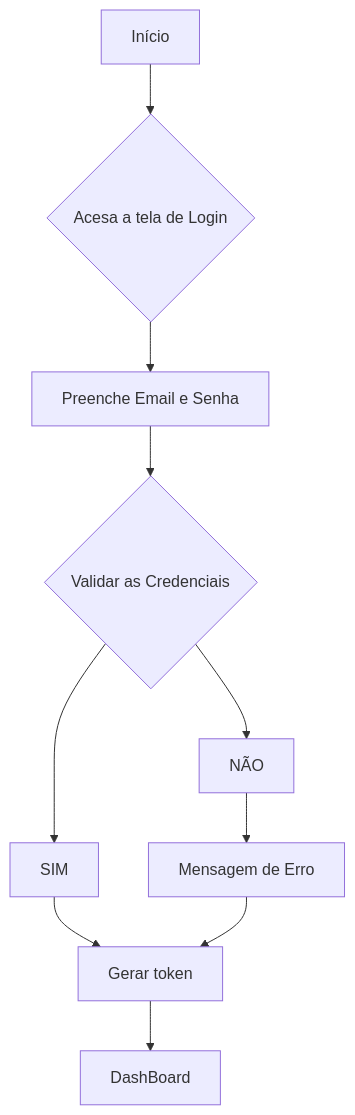
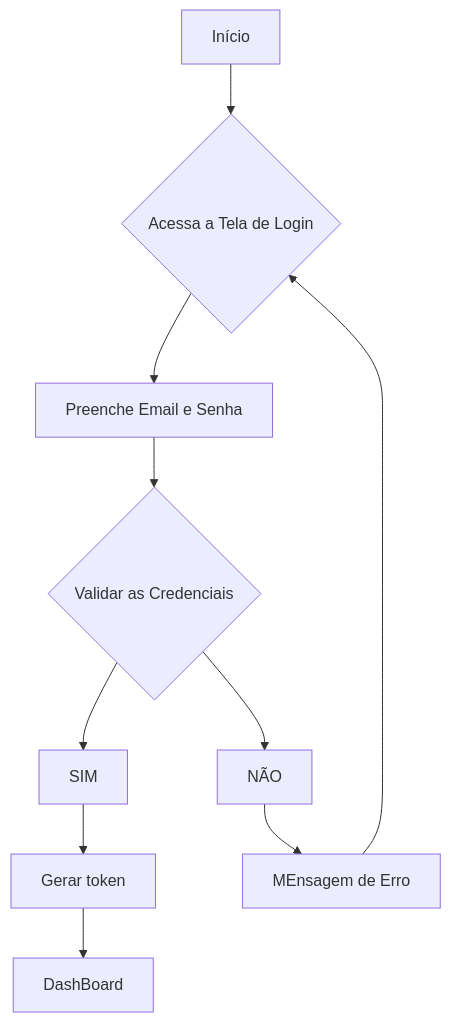
The third of 3 diagrams in FrameWorks/Next/formativa-sgm/README.md (AnthonyDevluk2210/CursoFrontEndCastelloA), drawn with Mermaid before and after one commit. The commit also changed other lines of this file, not shown here.

````diff
--- a/FrameWorks/Next/formativa-sgm/README.md
+++ b/FrameWorks/Next/formativa-sgm/README.md
@@ -159,10 +159,10 @@
 ```mermaid
 
-graph TD 
-    A[Início] --> B{Acesa a tela de Login}
+graph TD
+    A[Início] --> B{Acessa a Tela de Login}
     B --> C[Preenche Email e Senha]
     C --> D{Validar as Credenciais}
     D --> SIM --> E[Gerar token] --> F[DashBoard]
-    D --> NÃO --> G[Mensagem de Erro] --> E
+    D --> NÃO --> G[MEnsagem de Erro] --> B
 
 ```
````
